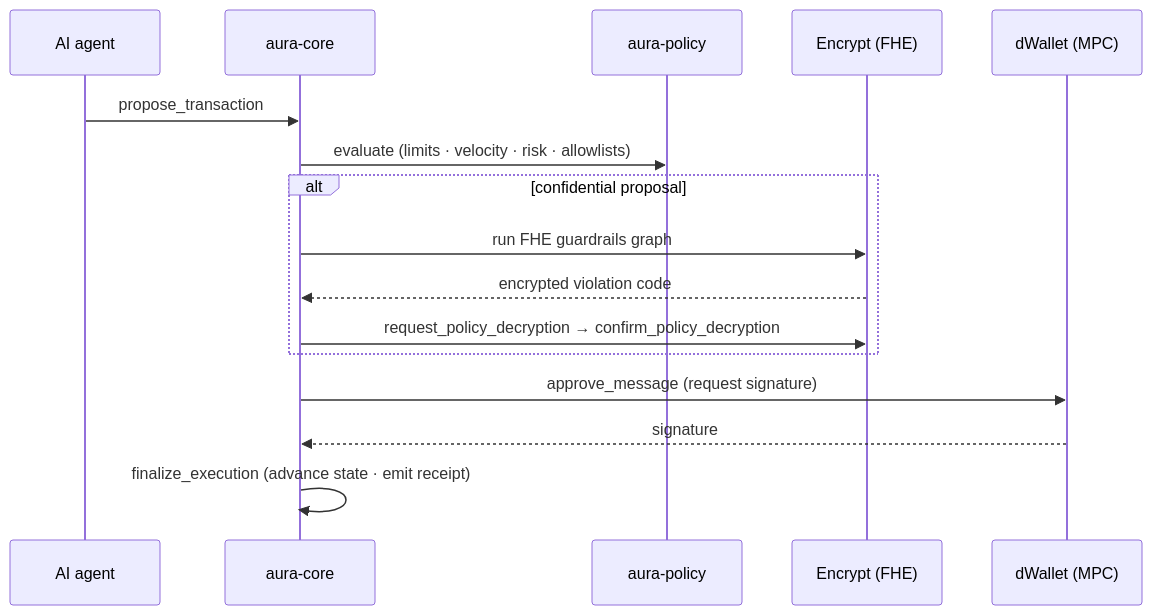
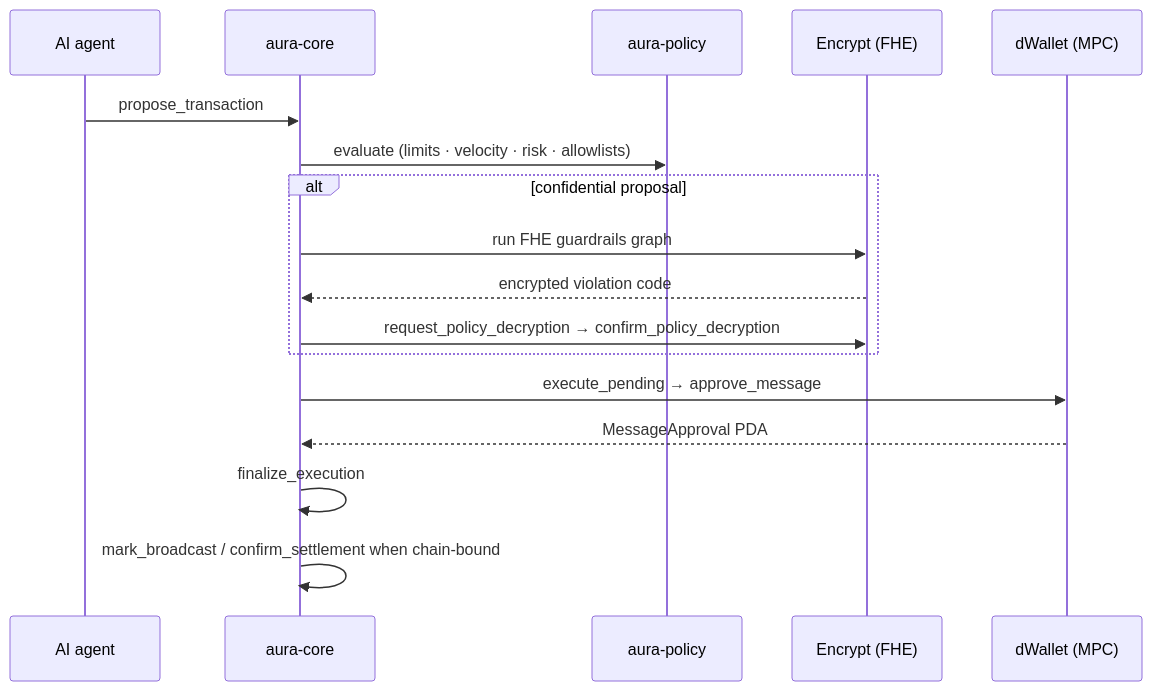
One commit to exyreams/aura changed the second of 2 diagrams in packages/docs/content/program/index.mdx. Above: the diagram before and after it, drawn with Mermaid. The commit also changed other lines of this file and 36 other files, not shown here.

````diff
--- a/packages/docs/content/program/index.mdx
+++ b/packages/docs/content/program/index.mdx
@@ -61,18 +62,19 @@
 ```mermaid
 sequenceDiagram
   participant A as AI agent
   participant C as aura-core
   participant P as aura-policy
   participant E as Encrypt (FHE)
   participant D as dWallet (MPC)
   A->>C: propose_transaction
   C->>P: evaluate (limits · velocity · risk · allowlists)
   alt confidential proposal
     C->>E: run FHE guardrails graph
     E-->>C: encrypted violation code
     C->>E: request_policy_decryption → confirm_policy_decryption
   end
-  C->>D: approve_message (request signature)
-  D-->>C: signature
-  C->>C: finalize_execution (advance state · emit receipt)
+    C->>D: execute_pending → approve_message
+    D-->>C: MessageApproval PDA
+    C->>C: finalize_execution
+    C->>C: mark_broadcast / confirm_settlement when chain-bound
 ```
````
